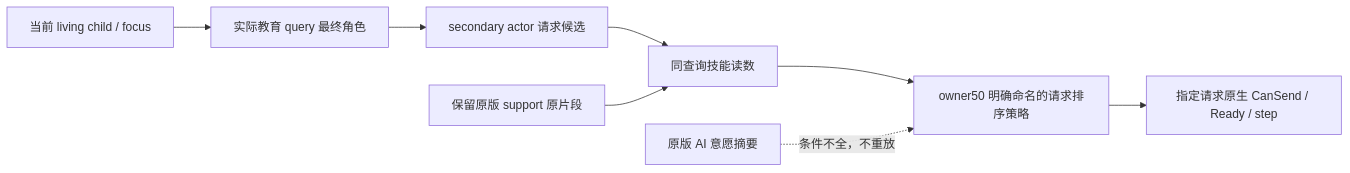
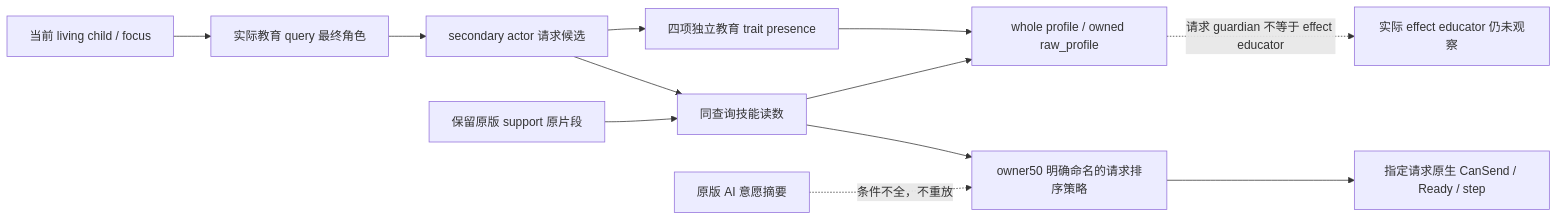
One commit to XenoAmess/ck3_eternal_recurrence changed the diagram in docs/ck3-native-ai/guardian-education-choice-source-12004.md. Above: the diagram before and after it, drawn with Mermaid. The commit also changed other lines of this file and 8 other files, not shown here.

````diff
--- a/docs/ck3-native-ai/guardian-education-choice-source-12004.md
+++ b/docs/ck3-native-ai/guardian-education-choice-source-12004.md
@@ -75,10 +98,14 @@
 ```mermaid
 flowchart LR
     C[当前 living child / focus] --> Q[实际教育 query 最终角色]
     Q --> G[secondary actor 请求候选]
     G --> V[同查询技能读数]
+    G --> T[四项独立教育 trait presence]
+    T --> O[whole profile / owned raw_profile]
+    V --> O
+    O -. 请求 guardian 不等于 effect educator .-> E[实际 effect educator 仍未观察]
     R[保留原版 support 原片段] --> V
     V --> P[owner50 明确命名的请求排序策略]
     P --> N[指定请求原生 CanSend / Ready / step]
     A[原版 AI 意愿摘要] -. 条件不全，不重放 .-> P
 ```
````
